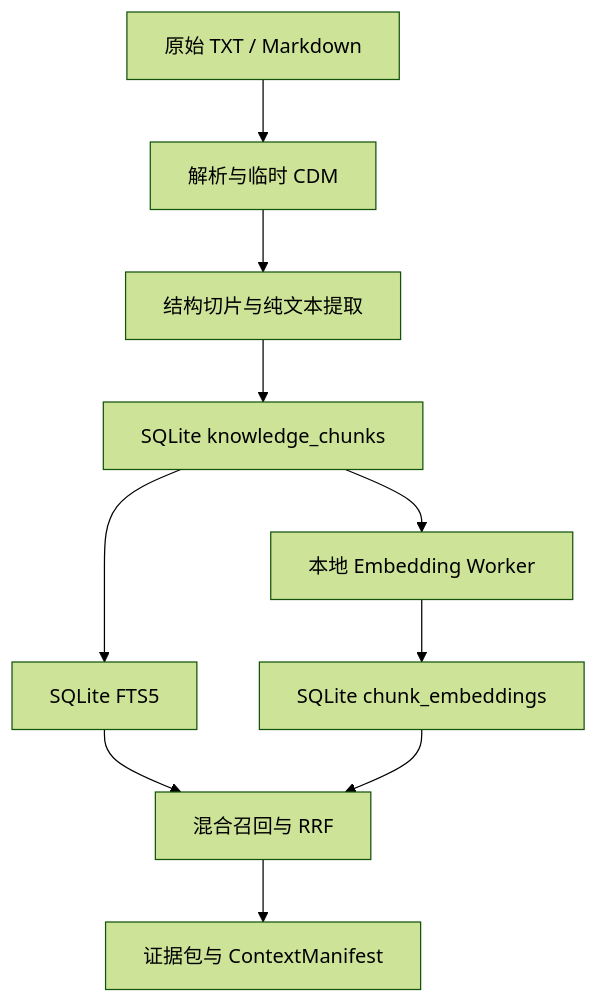
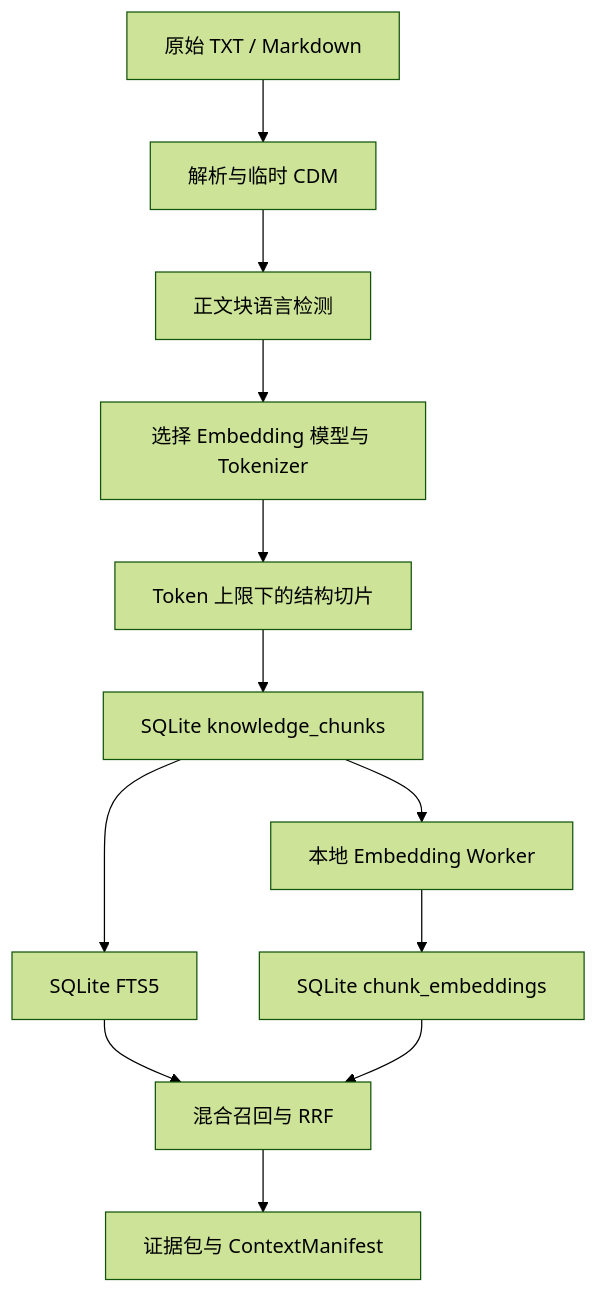
Before and after one commit to Mengman/CleoDoc: the first of 2 diagrams in docs/LOCAL_RAG_INGESTION_DESIGN.md, drawn with Mermaid (forest theme). The commit also changed other lines of this file and 1 other file, not shown here.

Commit message:
chore: update embedding design and repair lockfile

````diff
--- a/docs/LOCAL_RAG_INGESTION_DESIGN.md
+++ b/docs/LOCAL_RAG_INGESTION_DESIGN.md
@@ -43,12 +45,14 @@
 ```mermaid
 flowchart TD
     SOURCE["原始 TXT / Markdown"] --> PARSER["解析与临时 CDM"]
-    PARSER --> CHUNKER["结构切片与纯文本提取"]
+    PARSER --> LANGUAGE["正文块语言检测"]
+    LANGUAGE --> MODEL["选择 Embedding 模型与 Tokenizer"]
+    MODEL --> CHUNKER["Token 上限下的结构切片"]
     CHUNKER --> CHUNKS["SQLite knowledge_chunks"]
     CHUNKS --> FTS["SQLite FTS5"]
     CHUNKS --> EMBEDDER["本地 Embedding Worker"]
     EMBEDDER --> VECTORS["SQLite chunk_embeddings"]
     FTS --> FUSION["混合召回与 RRF"]
     VECTORS --> FUSION
     FUSION --> EVIDENCE["证据包与 ContextManifest"]
 ```
````
